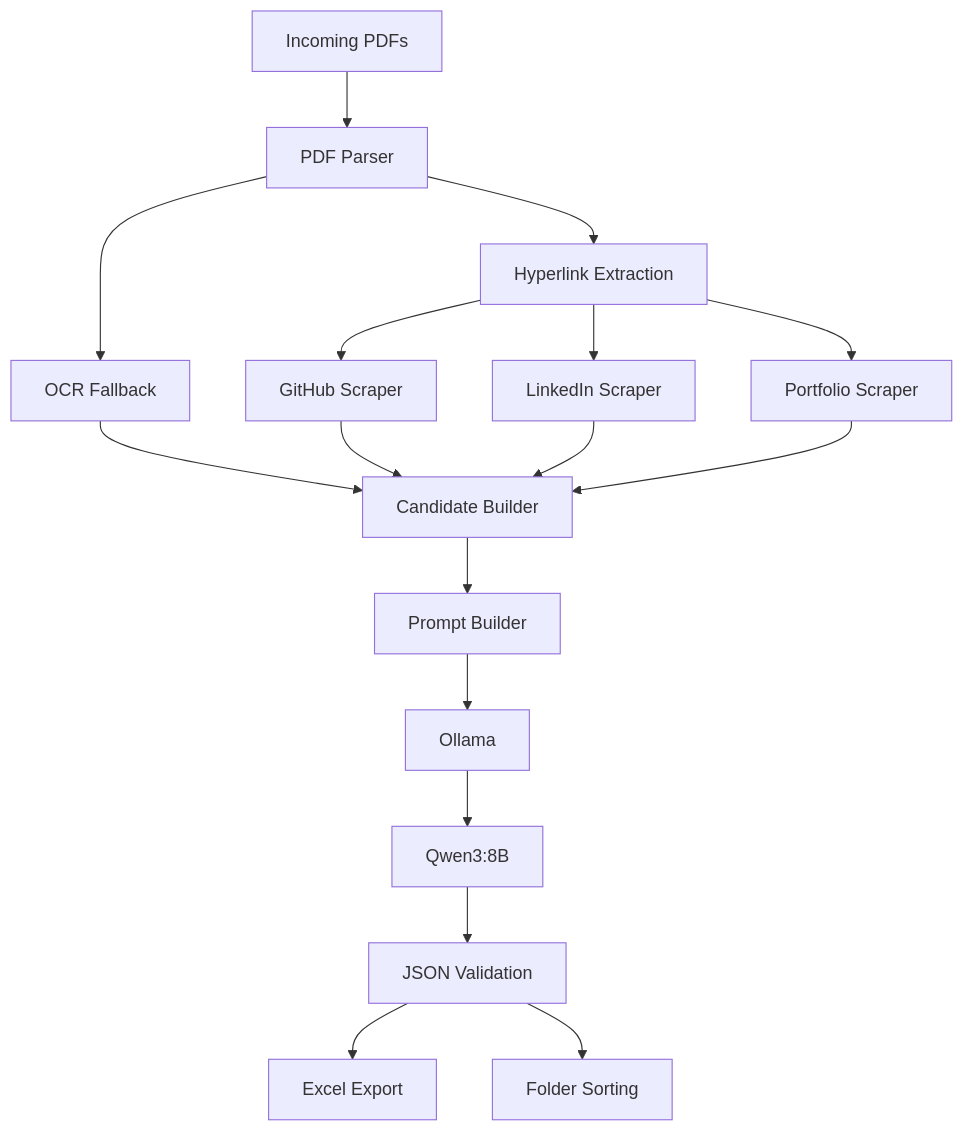
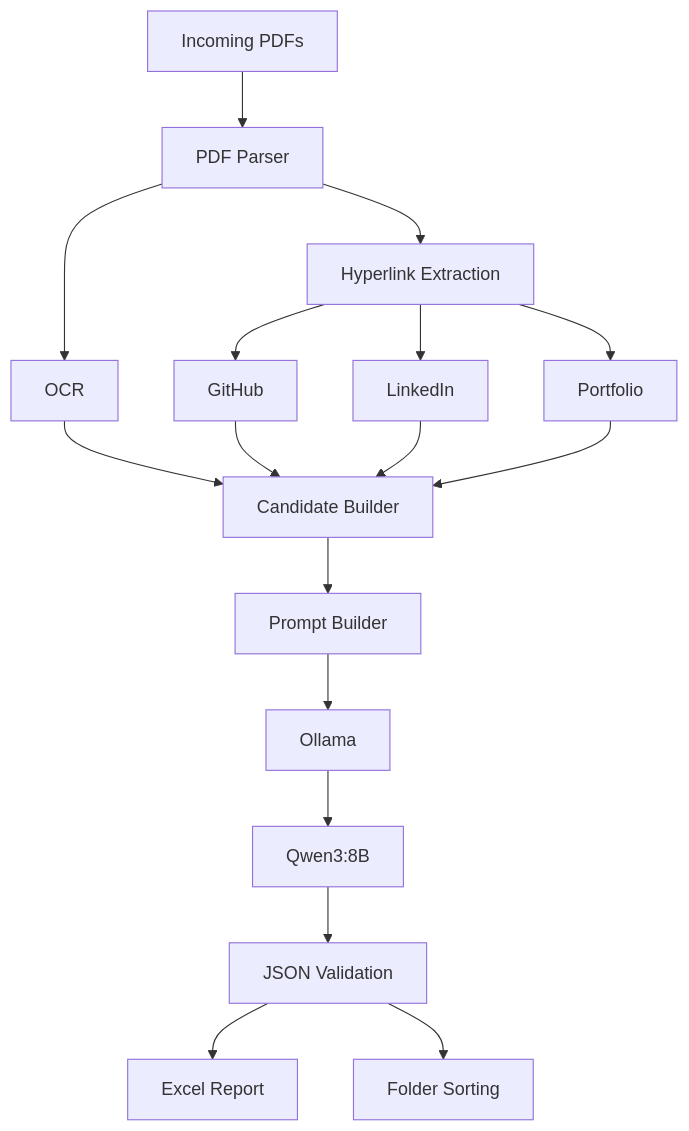
Before and after one commit to Aryan27-max/QWENTUS: the first of 2 diagrams in README.md, drawn with Mermaid. The commit also changed other lines of this file, not shown here.

````diff
--- a/README.md
+++ b/README.md
@@ -393,19 +238,37 @@
 ```mermaid
 flowchart TD
-    A[Incoming PDFs] --> B[PDF Parser]
-    B --> C[OCR Fallback]
-    B --> D[Hyperlink Extraction]
-    D --> E[GitHub Scraper]
-    D --> F[LinkedIn Scraper]
-    D --> G[Portfolio Scraper]
-    C --> H[Candidate Builder]
-    E --> H
-    F --> H
-    G --> H
-    H --> I[Prompt Builder]
-    I --> J[Ollama]
-    J --> K[Qwen3:8B]
-    K --> L[JSON Validation]
-    L --> M[Excel Export]
-    L --> N[Folder Sorting]
+
+A[Incoming PDFs]
+
+--> B[PDF Parser]
+
+B --> C[OCR]
+
+B --> D[Hyperlink Extraction]
+
+D --> E[GitHub]
+
+D --> F[LinkedIn]
+
+D --> G[Portfolio]
+
+C --> H[Candidate Builder]
+
+E --> H
+
+F --> H
+
+G --> H
+
+H --> I[Prompt Builder]
+
+I --> J[Ollama]
+
+J --> K[Qwen3:8B]
+
+K --> L[JSON Validation]
+
+L --> M[Excel Report]
+
+L --> N[Folder Sorting]
 ```
````
